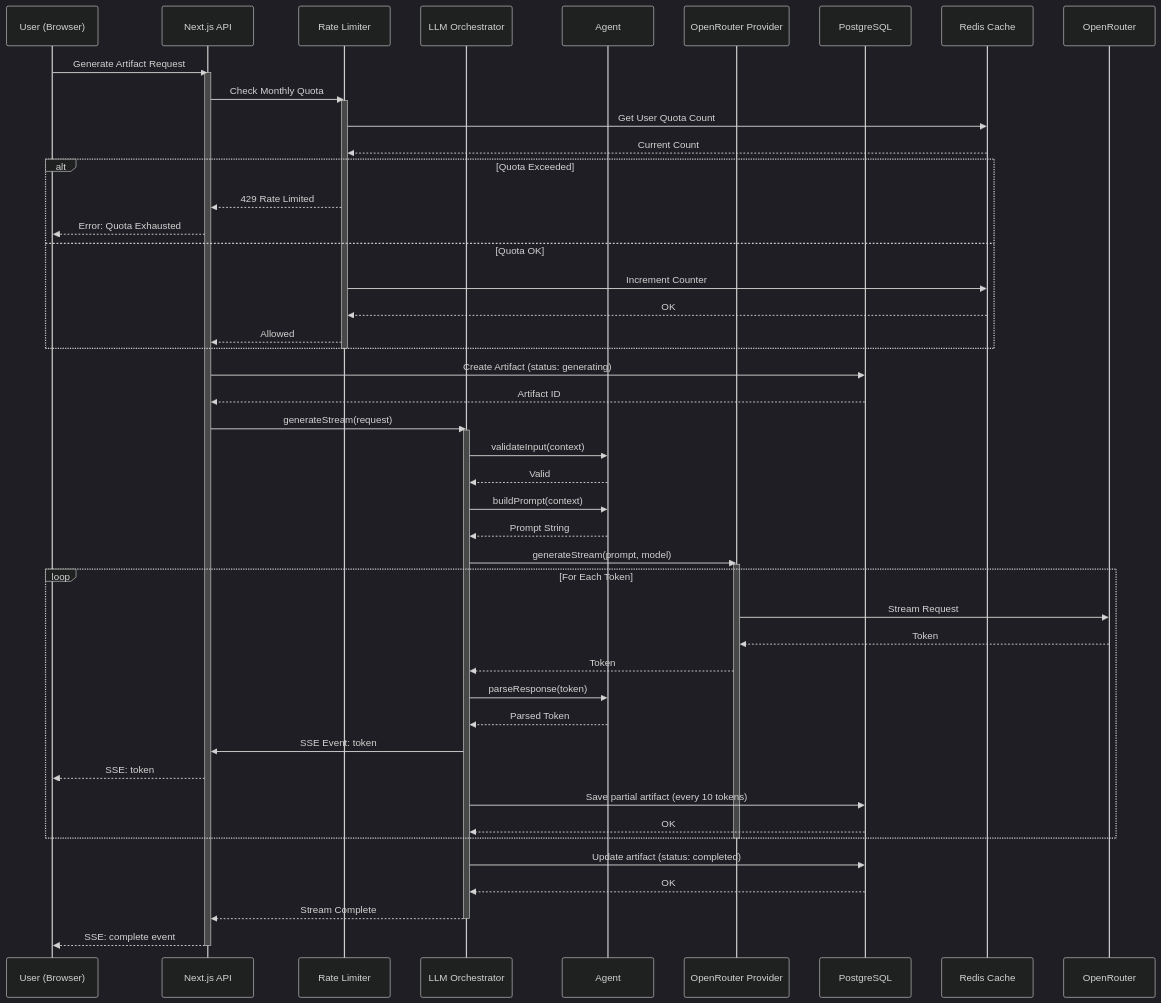
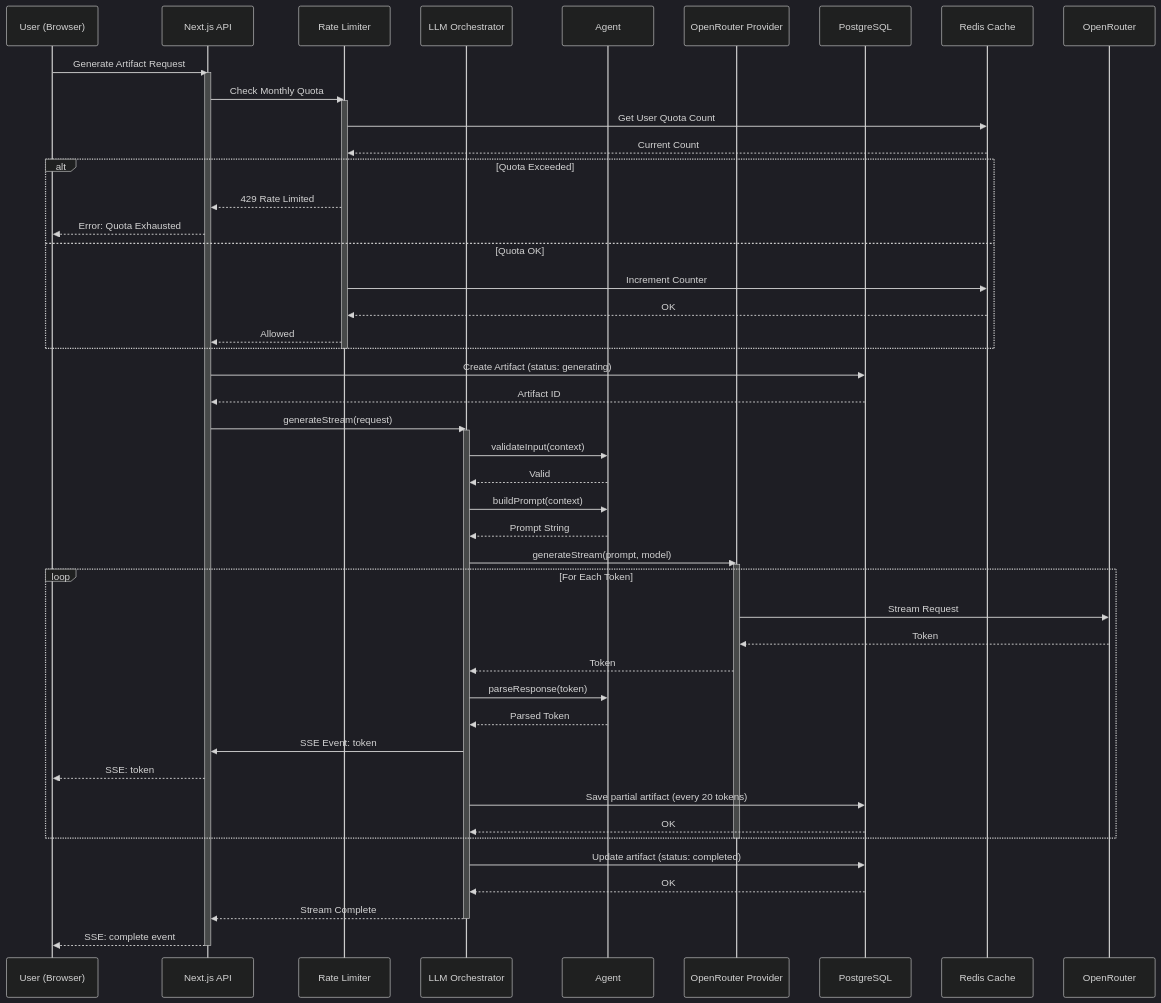
The second of 12 diagrams in docs/architecture-diagrams.md (federicogerardi/gen-app), drawn with Mermaid (dark theme) before and after one commit. The commit also changed other lines of this file and 31 other files, not shown here.

````diff
--- a/docs/architecture-diagrams.md
+++ b/docs/architecture-diagrams.md
@@ -64,69 +64,69 @@
 ```mermaid
 sequenceDiagram
     participant User as User (Browser)
     participant API as Next.js API
     participant Quota as Rate Limiter
     participant Orchestrator as LLM Orchestrator
     participant Agent as Agent
     participant Provider as OpenRouter Provider
     participant DB as PostgreSQL
     participant Cache as Redis Cache
 
     User->>API: Generate Artifact Request
     activate API
     
     API->>Quota: Check Monthly Quota
     activate Quota
     Quota->>Cache: Get User Quota Count
     Cache-->>Quota: Current Count
     alt Quota Exceeded
         Quota-->>API: 429 Rate Limited
         API-->>User: Error: Quota Exhausted
     else Quota OK
         Quota->>Cache: Increment Counter
         Cache-->>Quota: OK
         Quota-->>API: Allowed
     end
     deactivate Quota
 
     API->>DB: Create Artifact (status: generating)
     DB-->>API: Artifact ID
 
     API->>Orchestrator: generateStream(request)
     activate Orchestrator
     
     Orchestrator->>Agent: validateInput(context)
     Agent-->>Orchestrator: Valid
     
     Orchestrator->>Agent: buildPrompt(context)
     Agent-->>Orchestrator: Prompt String
     
     Orchestrator->>Provider: generateStream(prompt, model)
     activate Provider
     
     loop For Each Token
         Provider->>OpenRouter: Stream Request
         OpenRouter-->>Provider: Token
         Provider-->>Orchestrator: Token
         
         Orchestrator->>Agent: parseResponse(token)
         Agent-->>Orchestrator: Parsed Token
         
         Orchestrator->>API: SSE Event: token
         API-->>User: SSE: token
         
-        Orchestrator->>DB: Save partial artifact (every 10 tokens)
+        Orchestrator->>DB: Save partial artifact (every 20 tokens)
         DB-->>Orchestrator: OK
     end
     
     deactivate Provider
     
     Orchestrator->>DB: Update artifact (status: completed)
     DB-->>Orchestrator: OK
     
     Orchestrator-->>API: Stream Complete
     deactivate Orchestrator
     
     API-->>User: SSE: complete event
     deactivate API
 ```
````
